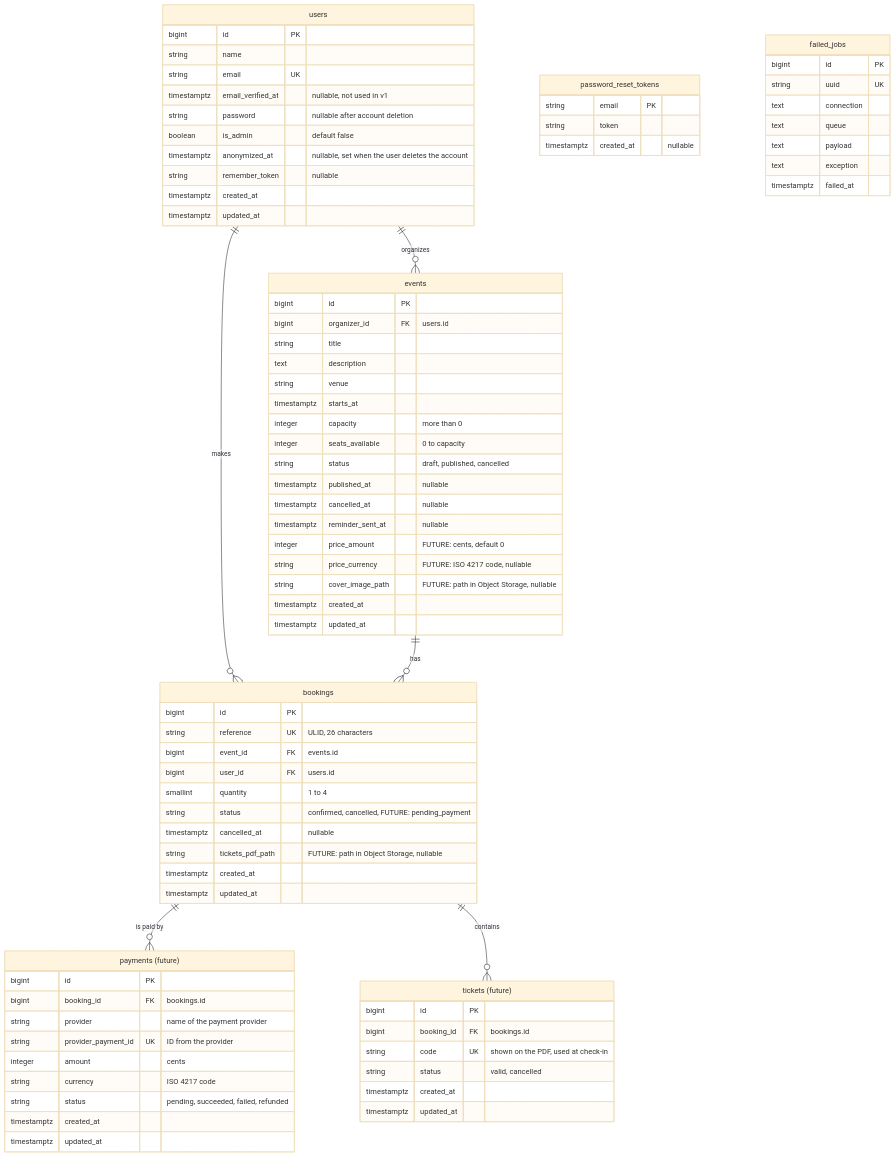
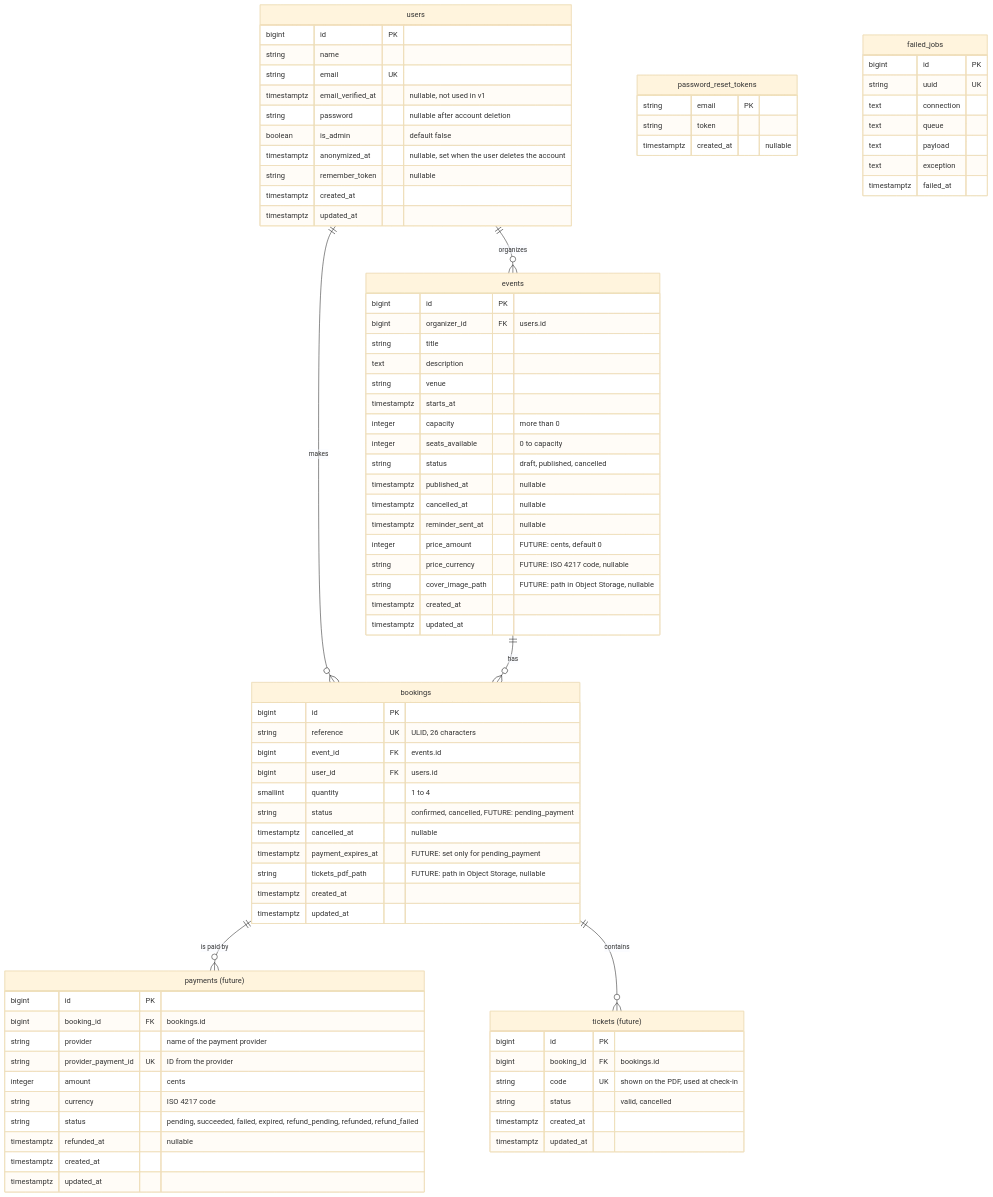
Before and after one commit to Leonelmarianog/event-booking-system: the diagram in docs/design/erd.md, drawn with Mermaid (base theme). The commit also changed other lines of this file and 2 other files, not shown here.

Commit message:
docs: update ERD and C4 diagrams for payments and refunds

```diff
--- a/docs/design/erd.md
+++ b/docs/design/erd.md
@@ -55,6 +55,7 @@
         smallint quantity "1 to 4"
         string status "confirmed, cancelled, FUTURE: pending_payment"
         timestamptz cancelled_at "nullable"
+        timestamptz payment_expires_at "FUTURE: set only for pending_payment"
         string tickets_pdf_path "FUTURE: path in Object Storage, nullable"
         timestamptz created_at
         timestamptz updated_at
@@ -67,7 +68,8 @@
         string provider_payment_id UK "ID from the provider"
         integer amount "cents"
         string currency "ISO 4217 code"
-        string status "pending, succeeded, failed, refunded"
+        string status "pending, succeeded, failed, expired, refund_pending, refunded, refund_failed"
+        timestamptz refunded_at "nullable"
         timestamptz created_at
         timestamptz updated_at
     }
```
